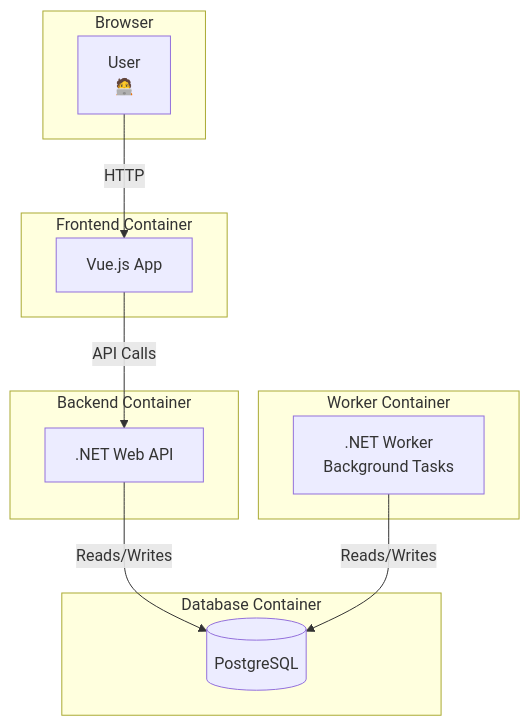
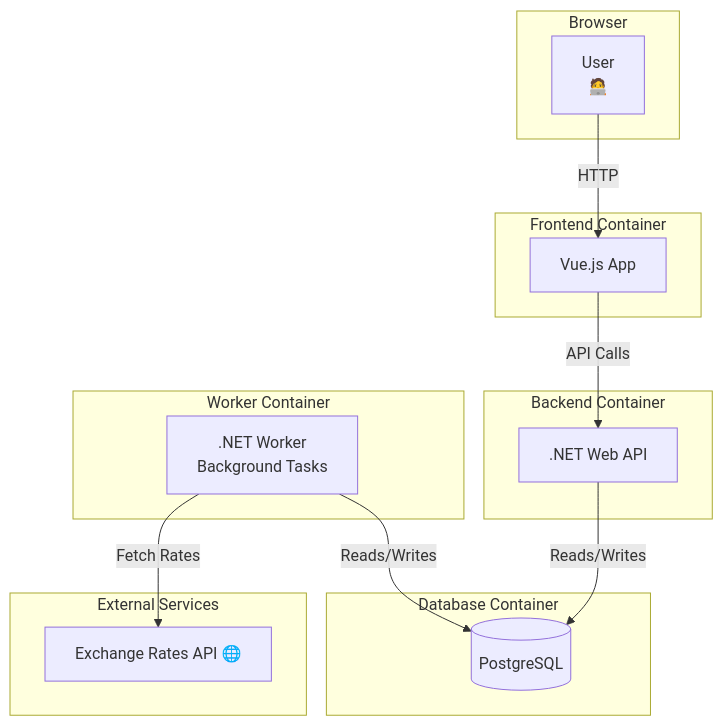
Before and after one commit to Vinicius-Evangelista/CurrencyTracker: the diagram in README.md, drawn with Mermaid.

Commit message:
docs: add exchange rate api on diagram

````diff
--- a/README.md
+++ b/README.md
@@ -8,28 +8,33 @@
 ```mermaid
 %%{init: {'theme': 'default'}}%%
 graph TB
   subgraph Browser
     A[User <br/> 🧑‍💻] 
   end
 
   subgraph Frontend Container
     B[Vue.js App]
   end
 
   subgraph Backend Container
     C[.NET Web API]
   end
 
   subgraph Worker Container
     D[.NET Worker <br/> Background Tasks]
   end
 
   subgraph Database Container
     E[(PostgreSQL)]
   end
 
+  subgraph External Services
+    F[Exchange Rates API 🌐]
+  end
+
   A -->|HTTP| B
   B -->|API Calls| C
   C -->|Reads/Writes| E
   D -->|Reads/Writes| E
+  D -->|Fetch Rates| F
 ```
````
